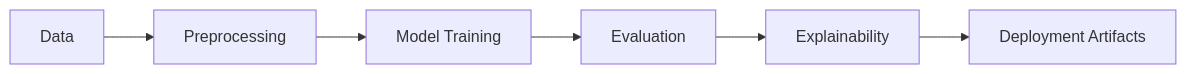
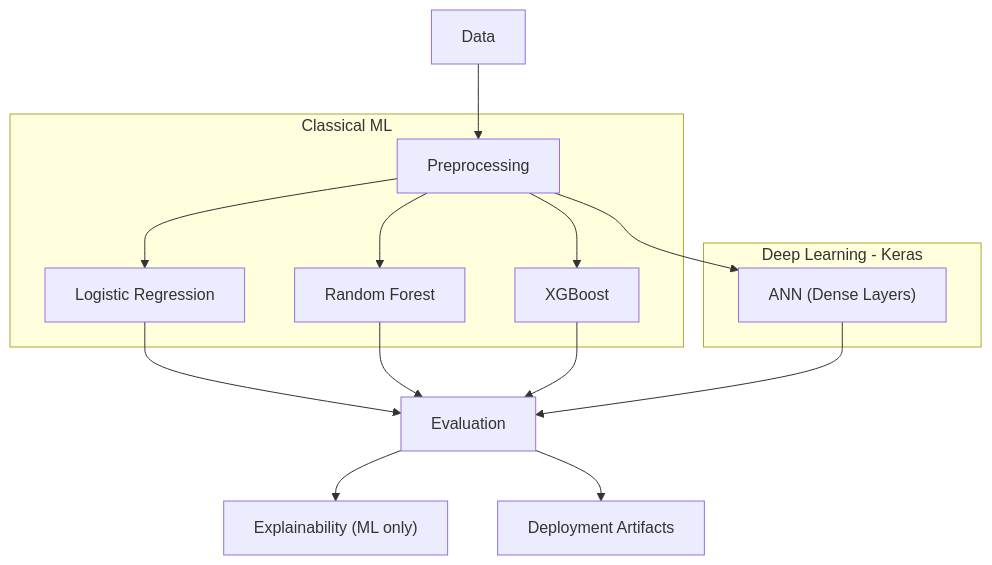
Before and after one commit to RohitMukkala/Heart-Disease-Prediction-Model: the diagram in README.md, drawn with Mermaid. The commit also changed other lines of this file, not shown here.

````diff
--- a/README.md
+++ b/README.md
@@ -26,8 +42,22 @@
 ```mermaid
-graph LR
-A[Data] --> B[Preprocessing]
-B --> C[Model Training]
-C --> D[Evaluation]
-D --> E[Explainability]
-E --> F[Deployment Artifacts]
+graph TD
+    A[Data] --> B[Preprocessing]
+
+    subgraph "Classical ML"
+        B --> C1[Logistic Regression]
+        B --> C2[Random Forest]
+        B --> C3[XGBoost]
+    end
+
+    subgraph "Deep Learning - Keras"
+        B --> D["ANN (Dense Layers)"]
+    end
+
+    C1 --> E[Evaluation]
+    C2 --> E[Evaluation]
+    C3 --> E[Evaluation]
+    D --> E[Evaluation]
+
+    E --> F["Explainability (ML only)"]
+    E --> G[Deployment Artifacts]
 ```
````
